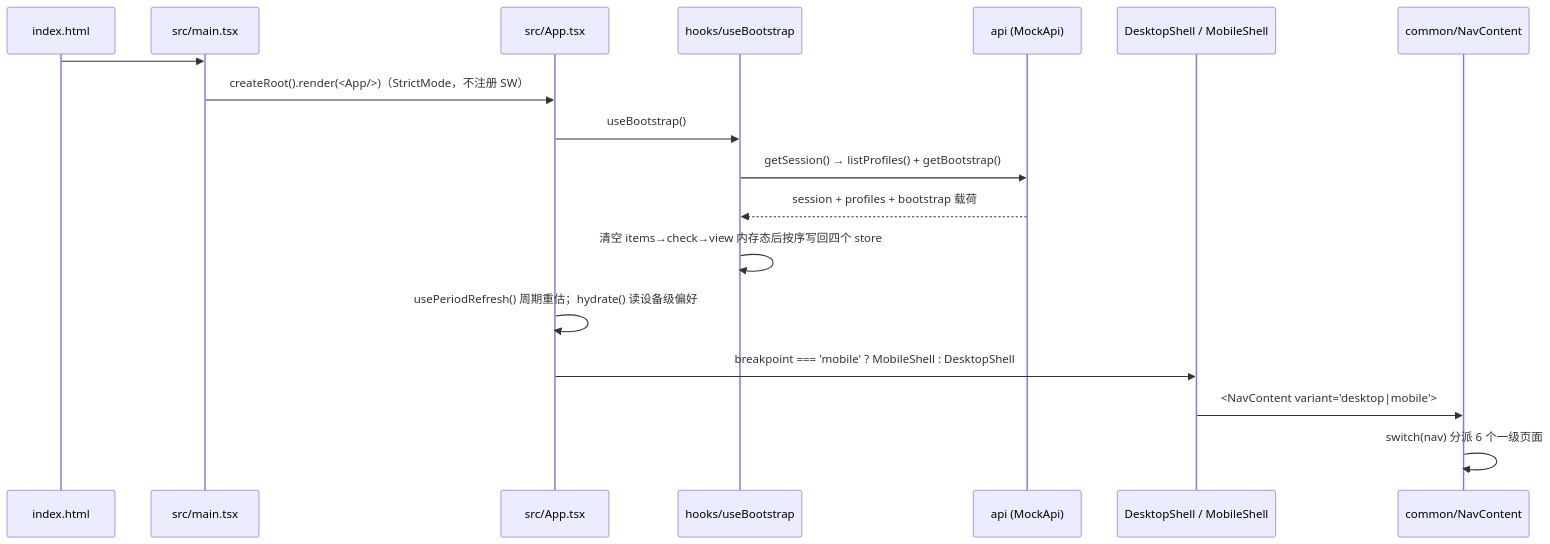
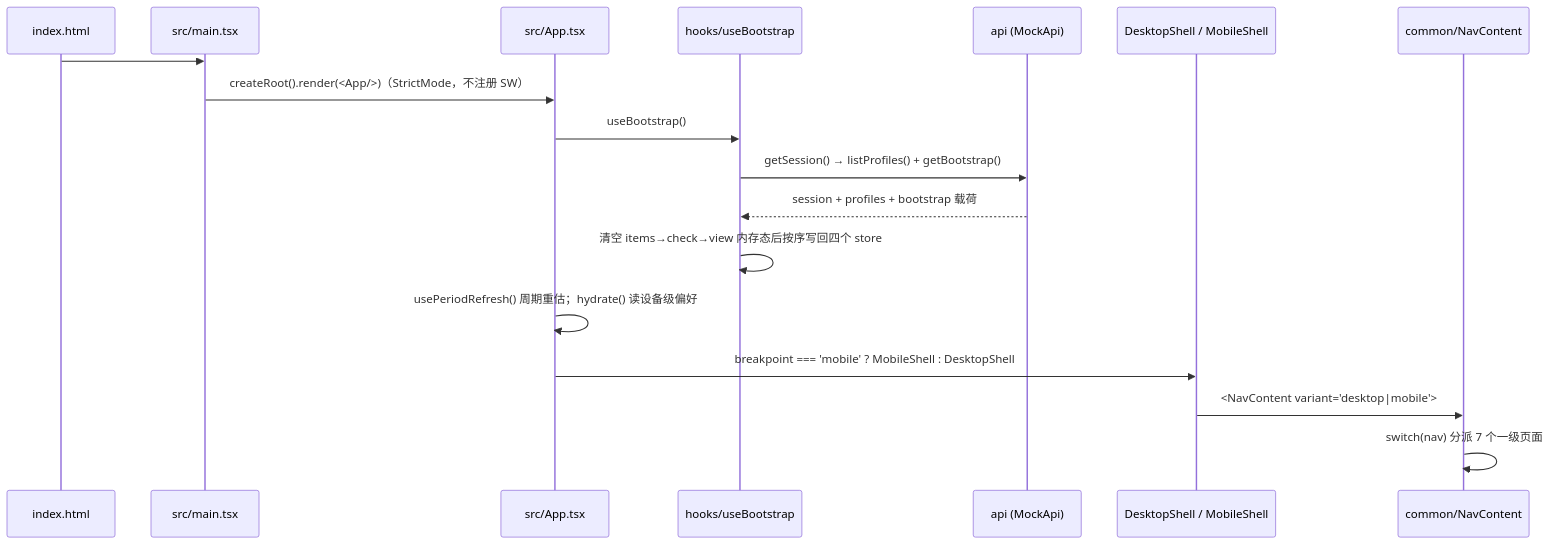
One commit to Jachin-Luo/yys-checklist changed the second of 2 diagrams in docs/01-architecture.md. Above: the diagram before and after it, drawn with Mermaid. The commit also changed other lines of this file and 6 other files, not shown here.

````diff
--- a/docs/01-architecture.md
+++ b/docs/01-architecture.md
@@ -87,21 +87,21 @@
 ```mermaid
 sequenceDiagram
     participant HTML as index.html
     participant Main as src/main.tsx
     participant App as src/App.tsx
     participant Boot as hooks/useBootstrap
     participant API as api (MockApi)
     participant Shell as DesktopShell / MobileShell
     participant Nav as common/NavContent
 
     HTML->>Main: #root + module script
     Main->>App: createRoot().render(<App/>)（StrictMode，不注册 SW）
     App->>Boot: useBootstrap()
     Boot->>API: getSession() → listProfiles() + getBootstrap()
     API-->>Boot: session + profiles + bootstrap 载荷
     Boot->>Boot: 清空 items→check→view 内存态后按序写回四个 store
     App->>App: usePeriodRefresh() 周期重估；hydrate() 读设备级偏好
     App->>Shell: breakpoint === 'mobile' ? MobileShell : DesktopShell
     Shell->>Nav: <NavContent variant="desktop|mobile">
-    Nav->>Nav: switch(nav) 分派 6 个一级页面
+    Nav->>Nav: switch(nav) 分派 7 个一级页面
 ```
````
